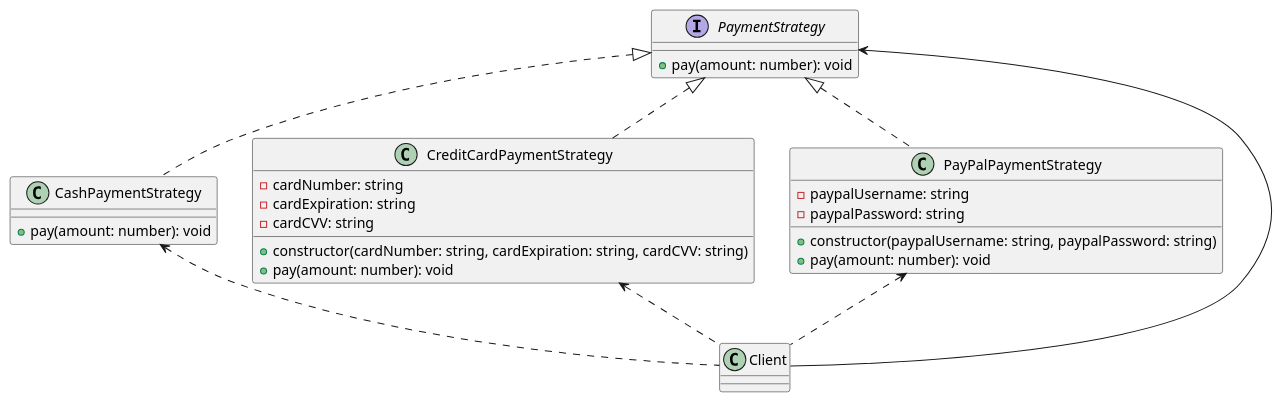
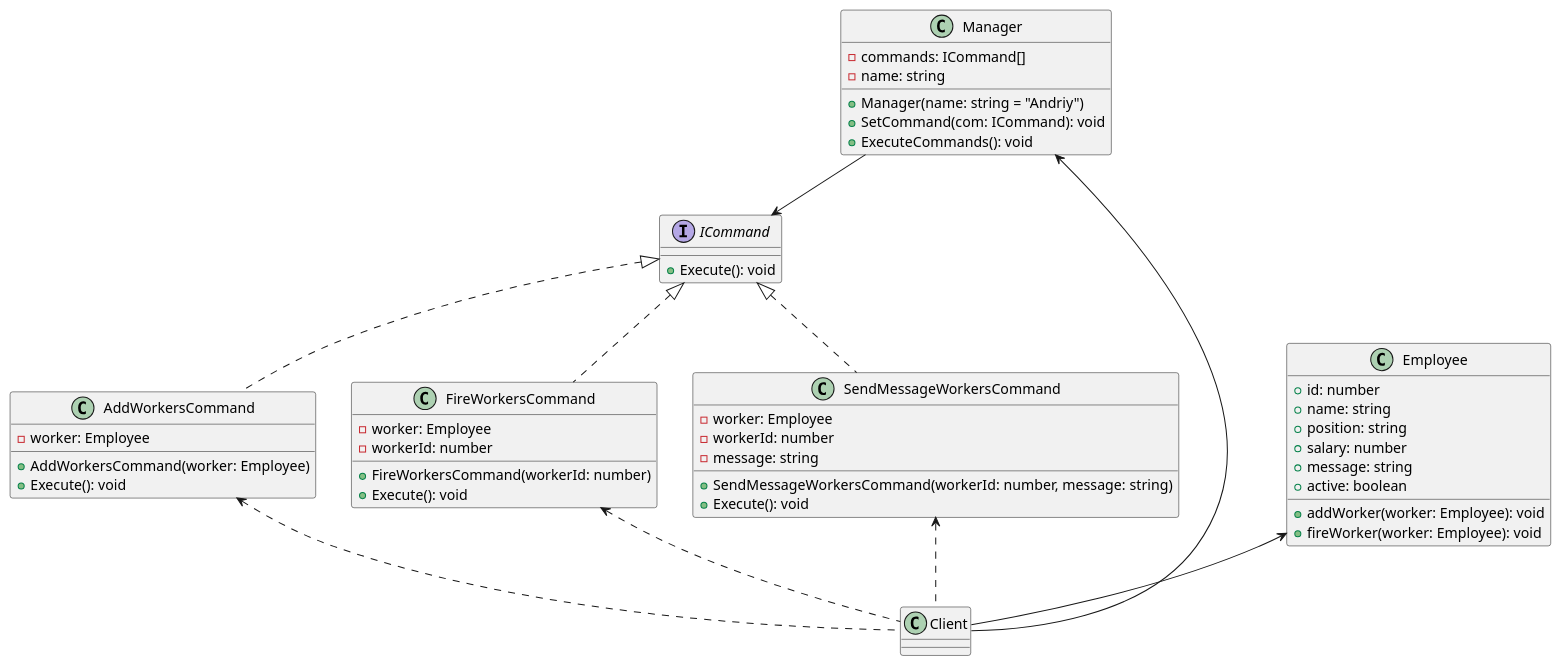
Before and after one commit to indian0ch/HotelInformalSystem: the diagram in public/new.plantuml, drawn with PlantUML. The commit also changed other lines of this file and 107 other files, not shown here.

```diff
--- a/public/new.plantuml
+++ b/public/new.plantuml
@@ -1,37 +1,66 @@
 @startuml
 
-interface PaymentStrategy {
-  + pay(amount: number): void
+interface ICommand {
+  + Execute(): void
 }
 
-class CashPaymentStrategy {
-  + pay(amount: number): void
+class Manager {
+  - commands: ICommand[]
+  - name: string
+
+  + Manager(name: string = "Andriy")
+  + SetCommand(com: ICommand): void
+  + ExecuteCommands(): void
 }
 
-class CreditCardPaymentStrategy {
-  - cardNumber: string
-  - cardExpiration: string
-  - cardCVV: string
-  + constructor(cardNumber: string, cardExpiration: string, cardCVV: string)
-  + pay(amount: number): void
+class AddWorkersCommand {
+  - worker: Employee
+
+  + AddWorkersCommand(worker: Employee)
+  + Execute(): void
 }
 
-class PayPalPaymentStrategy {
-  - paypalUsername: string
-  - paypalPassword: string
-  + constructor(paypalUsername: string, paypalPassword: string)
-  + pay(amount: number): void
+class FireWorkersCommand {
+  - worker: Employee
+  - workerId: number
+
+  + FireWorkersCommand(workerId: number)
+  + Execute(): void
+}
+
+class SendMessageWorkersCommand {
+  - worker: Employee
+  - workerId: number
+  - message: string
+
+  + SendMessageWorkersCommand(workerId: number, message: string)
+  + Execute(): void
+}
+
+class Employee {
+  + id: number
+  + name: string
+  + position: string
+  + salary: number
+  + message: string
+  + active: boolean
+
+  + addWorker(worker: Employee): void
+  + fireWorker(worker: Employee): void
 }
 class Client{
 
 }
 
-PaymentStrategy <-- Client
-CashPaymentStrategy <.. Client
-CreditCardPaymentStrategy <.. Client
-PayPalPaymentStrategy <.. Client
-PaymentStrategy <|.. CashPaymentStrategy
-PaymentStrategy <|.. CreditCardPaymentStrategy
-PaymentStrategy <|.. PayPalPaymentStrategy
+AddWorkersCommand <..Client
+FireWorkersCommand <..Client
+SendMessageWorkersCommand <..Client
+Manager <--Client
+Employee <--Client
+ICommand <|.. AddWorkersCommand
+ICommand <|.. FireWorkersCommand
+ICommand <|.. SendMessageWorkersCommand
+
+Manager --> ICommand
 
 @enduml
```
